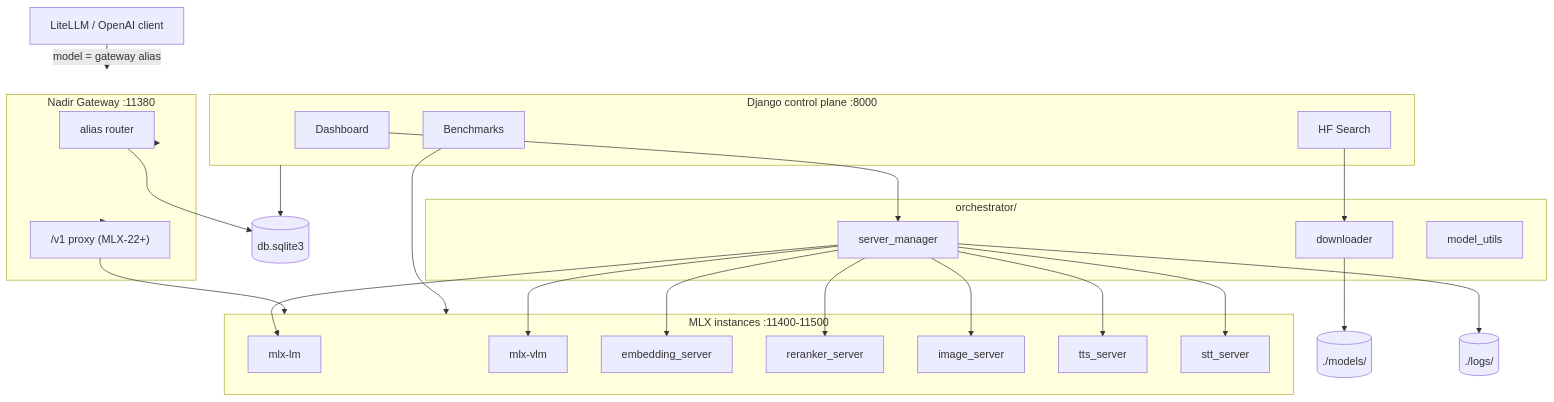
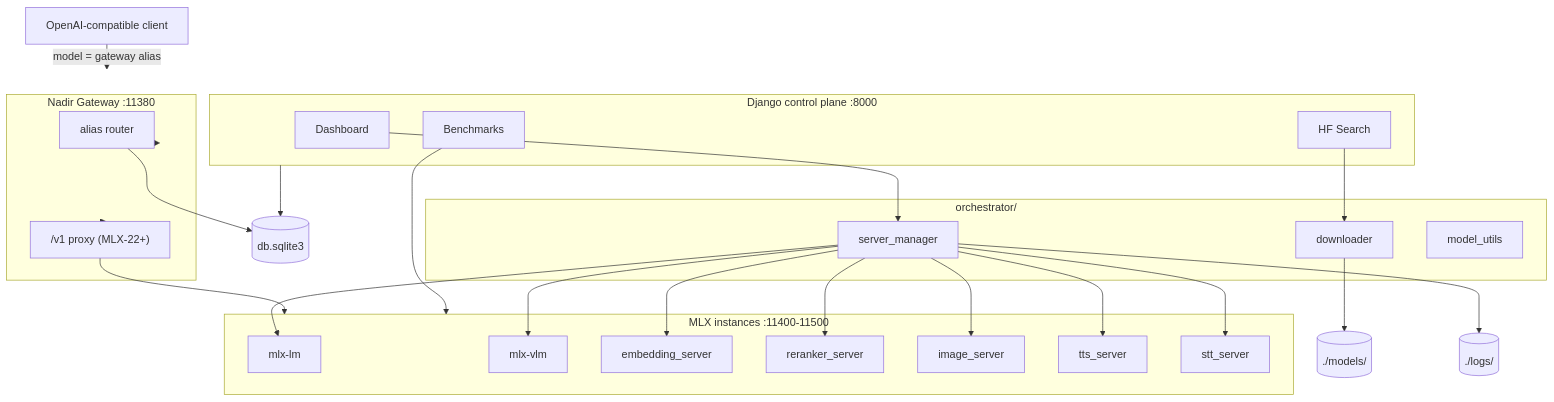
One commit to assiadialeb/nadir-mlx changed the diagram in README.md. Above: the diagram before and after it, drawn with Mermaid. The commit also changed other lines of this file and 23 other files, not shown here.

````diff
--- a/README.md
+++ b/README.md
@@ -70,47 +70,47 @@
 ```mermaid
 flowchart TB
     subgraph UI["Django control plane :8000"]
         Dashboard[Dashboard]
         Search[HF Search]
         Benchmark[Benchmarks]
     end
 
     subgraph Gateway["Nadir Gateway :11380"]
         Router[alias router]
         Proxy["/v1 proxy (MLX-22+)"]
     end
 
     subgraph Orchestrator["orchestrator/"]
         SM[server_manager]
         DL[downloader]
         MU[model_utils]
     end
 
     subgraph Instances["MLX instances :11400-11500"]
         TEXT[mlx-lm]
         VLM[mlx-vlm]
         EMB[embedding_server]
         RR[reranker_server]
         IMG[image_server]
         TTS[tts_server]
         STT[stt_server]
     end
 
-    Client[LiteLLM / OpenAI client]
+    Client[OpenAI-compatible client]
     Models[(./models/)]
     Logs[(./logs/)]
     DB[(db.sqlite3)]
 
     Client -->|"model = gateway alias"| Gateway
     Gateway --> Router
     Router --> DB
     Gateway --> Proxy
     Proxy --> Instances
     Dashboard --> SM
     Search --> DL
     DL --> Models
     SM --> TEXT & VLM & EMB & RR & IMG & TTS & STT
     SM --> Logs
     UI --> DB
     Benchmark --> Instances
 ```
````
